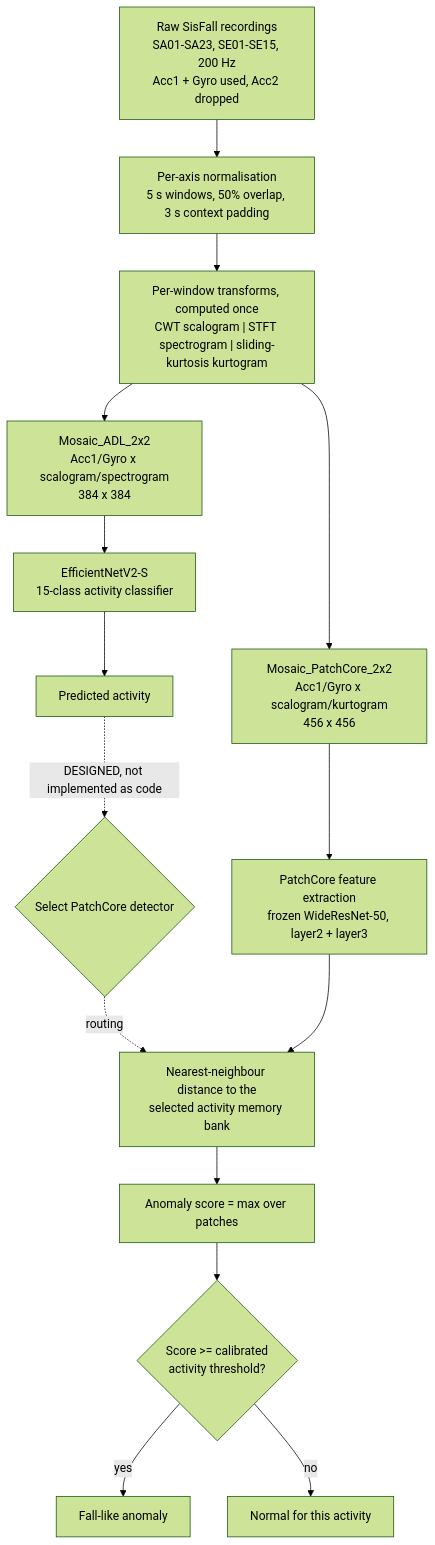
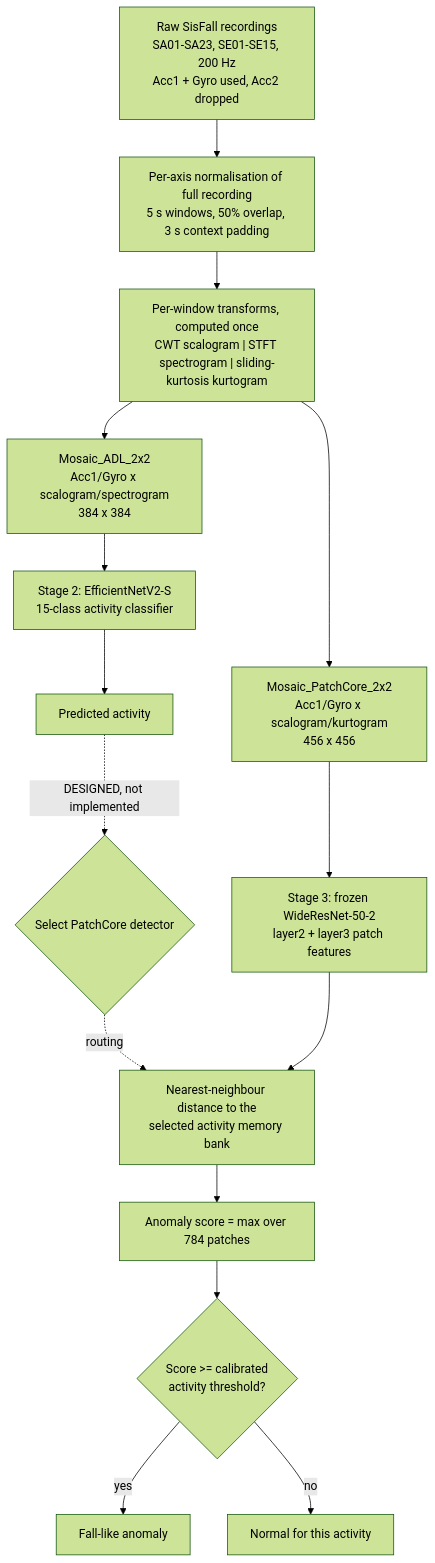
One commit to rashed501772/har_signal_to_img_2026_spring changed the first of 2 diagrams in SisFall-Model/README.md. Above: the diagram before and after it, drawn with Mermaid (forest theme). The commit also changed other lines of this file, not shown here.

````diff
--- a/SisFall-Model/README.md
+++ b/SisFall-Model/README.md
@@ -240,17 +216,17 @@
 ```mermaid
 flowchart TD
-    A["Raw SisFall recordings<br/>SA01-SA23, SE01-SE15, 200 Hz<br/>Acc1 + Gyro used, Acc2 dropped"] --> B["Per-axis normalisation<br/>5 s windows, 50% overlap, 3 s context padding"]
+    A["Raw SisFall recordings<br/>SA01-SA23, SE01-SE15, 200 Hz<br/>Acc1 + Gyro used, Acc2 dropped"] --> B["Per-axis normalisation of full recording<br/>5 s windows, 50% overlap, 3 s context padding"]
     B --> C["Per-window transforms, computed once<br/>CWT scalogram | STFT spectrogram | sliding-kurtosis kurtogram"]
     C --> D["Mosaic_ADL_2x2<br/>Acc1/Gyro x scalogram/spectrogram<br/>384 x 384"]
     C --> E["Mosaic_PatchCore_2x2<br/>Acc1/Gyro x scalogram/kurtogram<br/>456 x 456"]
-    D --> F["EfficientNetV2-S<br/>15-class activity classifier"]
+    D --> F["Stage 2: EfficientNetV2-S<br/>15-class activity classifier"]
     F --> G["Predicted activity"]
-    G -. "DESIGNED, not implemented as code" .-> H{"Select PatchCore detector"}
-    E --> I["PatchCore feature extraction<br/>frozen WideResNet-50, layer2 + layer3"]
+    G -. "DESIGNED, not implemented" .-> H{"Select PatchCore detector"}
+    E --> I["Stage 3: frozen WideResNet-50-2<br/>layer2 + layer3 patch features"]
     H -. routing .-> J
     I --> J["Nearest-neighbour distance to the<br/>selected activity memory bank"]
-    J --> K["Anomaly score = max over patches"]
+    J --> K["Anomaly score = max over 784 patches"]
     K --> L{"Score >= calibrated<br/>activity threshold?"}
     L -- yes --> M["Fall-like anomaly"]
     L -- no --> N["Normal for this activity"]
 ```
````
